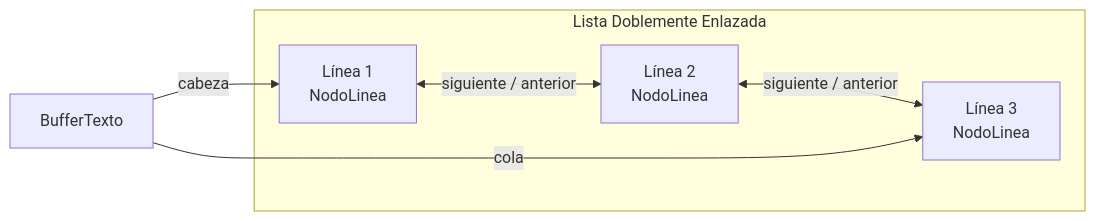
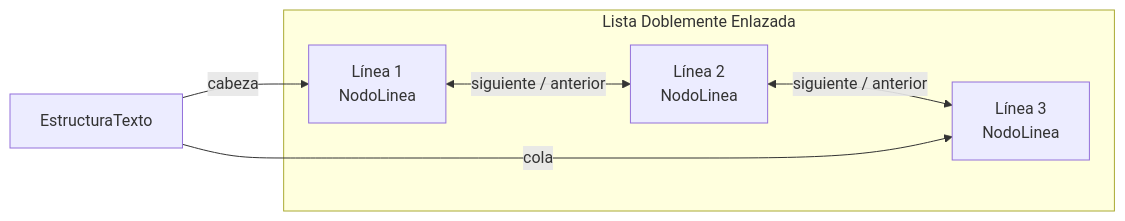
The third of 3 diagrams in diseño.md (JhonP16/EditorTexto_SO), drawn with Mermaid before and after one commit. The commit also changed other lines of this file and 31 other files, not shown here.

````diff
--- a/diseño.md
+++ b/diseño.md
@@ -41,16 +123,16 @@
 ```mermaid
 graph LR
-    TB[BufferTexto]
-  
+    TB[EstructuraTexto]
+
     subgraph "Lista Doblemente Enlazada"
         L1[Línea 1<br/>NodoLinea]
         L2[Línea 2<br/>NodoLinea]
         L3[Línea 3<br/>NodoLinea]
-    
+
         L1 <-->|siguiente / anterior| L2
         L2 <-->|siguiente / anterior| L3
     end
-  
+
     TB -->|cabeza| L1
     TB -->|cola| L3
 ```
````
